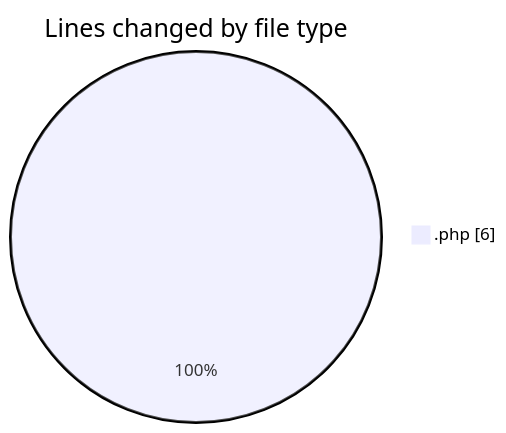
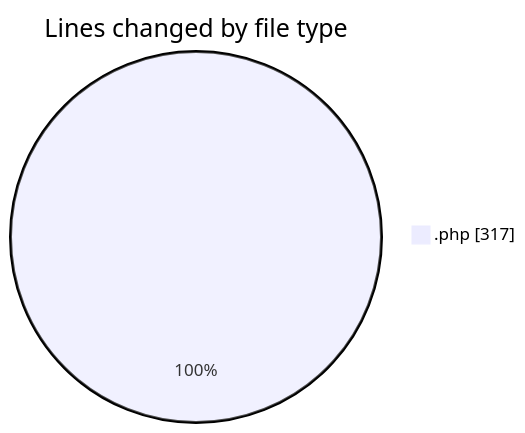
One commit to BS-eng2023/code-tracking changed the first of 2 diagrams in 2025-05-06/htdocs/README.md. Above: the diagram before and after it, drawn with Mermaid. The commit also changed other lines of this file and 1 other file, not shown here.

````diff
--- a/2025-05-06/htdocs/README.md
+++ b/2025-05-06/htdocs/README.md
@@ -21,5 +22,5 @@
 ```mermaid
 pie showData
 title Lines changed by file type
-".php" : 6
+".php" : 317
 ```
````
